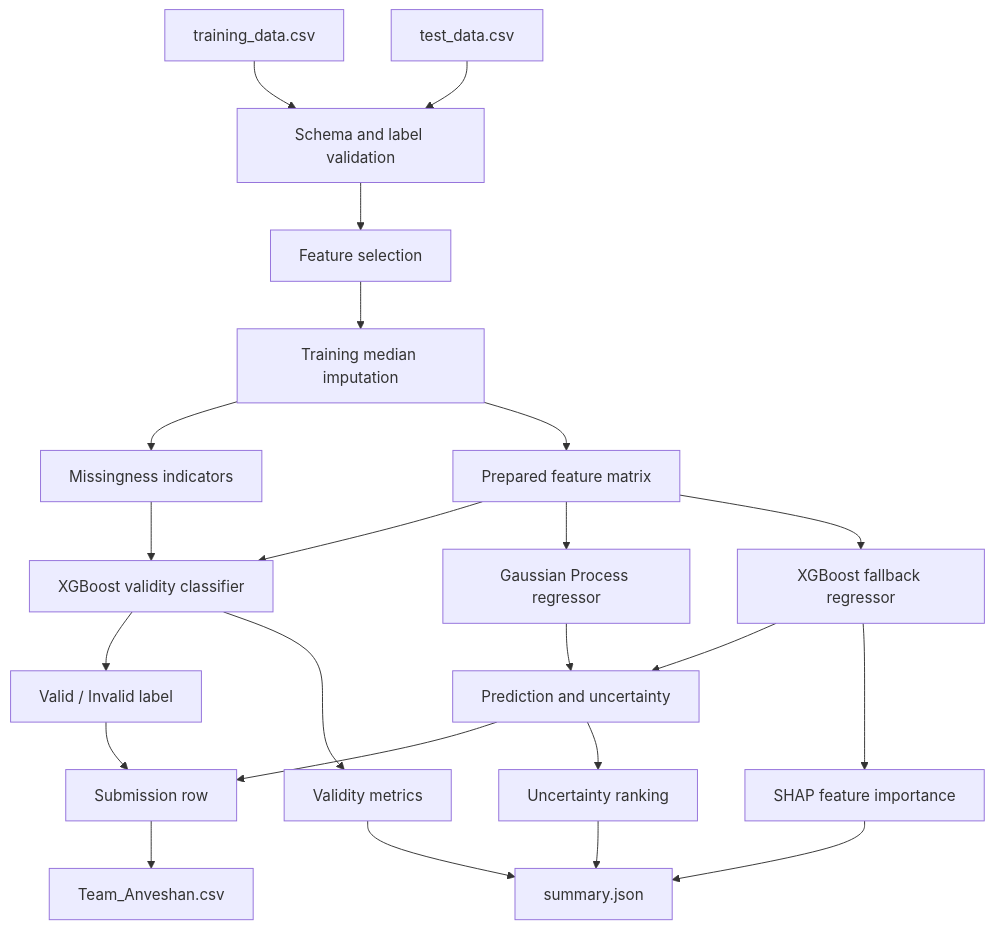
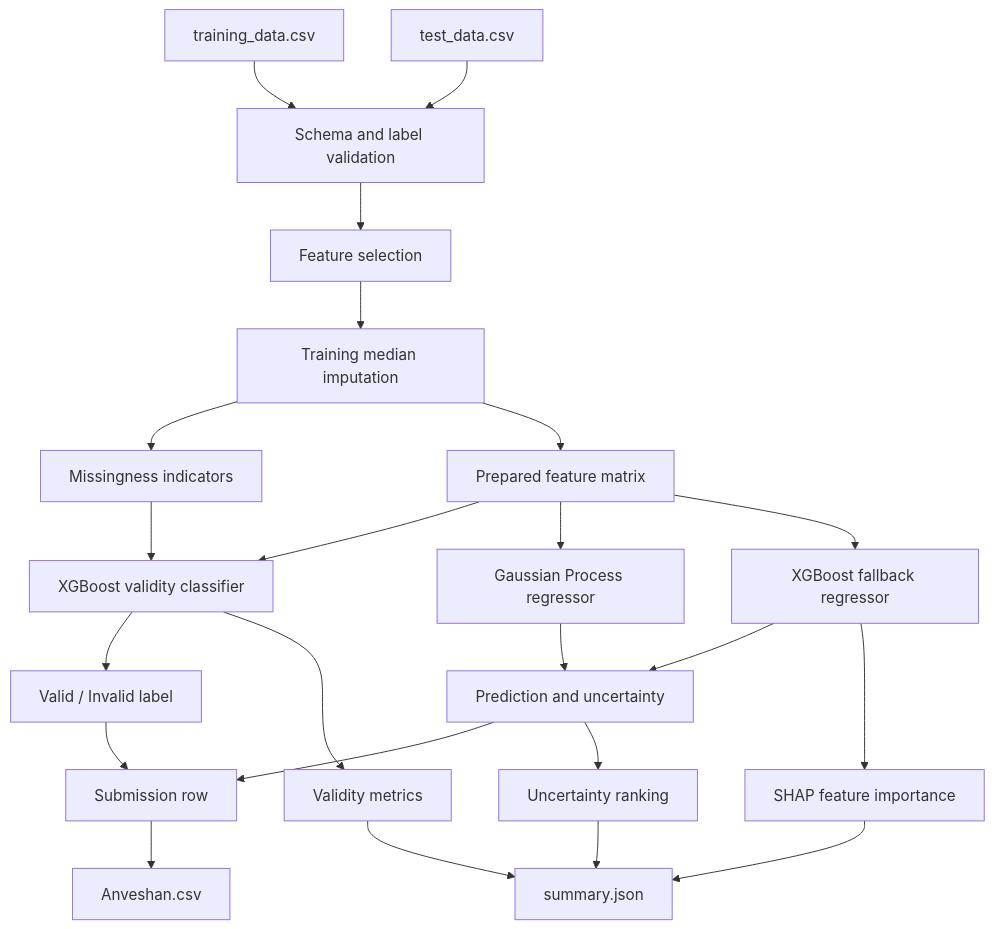
One commit to sharathprime10-coder/mit_hack changed the first of 2 diagrams in ARCHITECTURE.md. Above: the diagram before and after it, drawn with Mermaid. The commit also changed other lines of this file and 5 other files, not shown here.

````diff
--- a/ARCHITECTURE.md
+++ b/ARCHITECTURE.md
@@ -17,25 +17,25 @@
 ```mermaid
 flowchart TD
     A[training_data.csv] --> B[Schema and label validation]
     C[test_data.csv] --> B
     B --> D[Feature selection]
     D --> E[Training median imputation]
     E --> F[Missingness indicators]
     E --> G[Prepared feature matrix]
     F --> H[XGBoost validity classifier]
     G --> H
     H --> I[Valid / Invalid label]
     G --> J[Gaussian Process regressor]
     G --> K[XGBoost fallback regressor]
     J --> L[Prediction and uncertainty]
     K --> L
     I --> M[Submission row]
     L --> M
-    M --> N[Team_Anveshan.csv]
+    M --> N[Anveshan.csv]
     L --> O[Uncertainty ranking]
     H --> P[Validity metrics]
     K --> Q[SHAP feature importance]
     O --> R[summary.json]
     P --> R
     Q --> R
 ```
````
